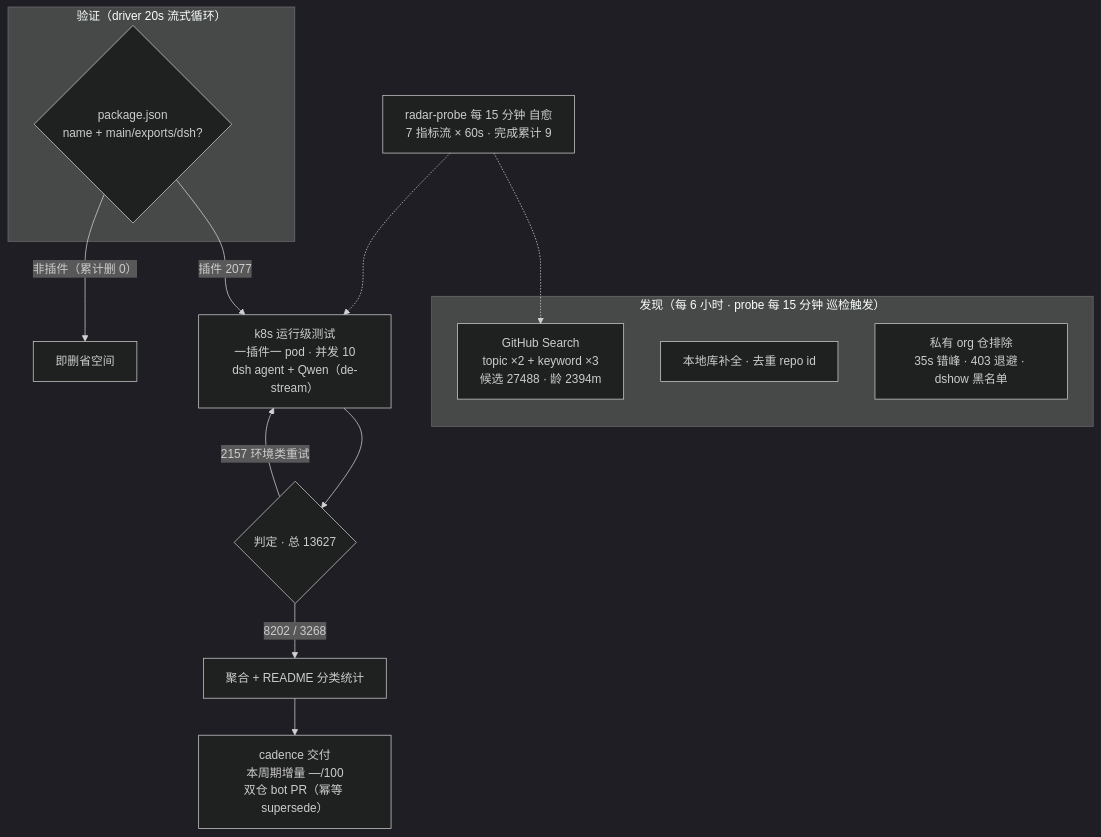
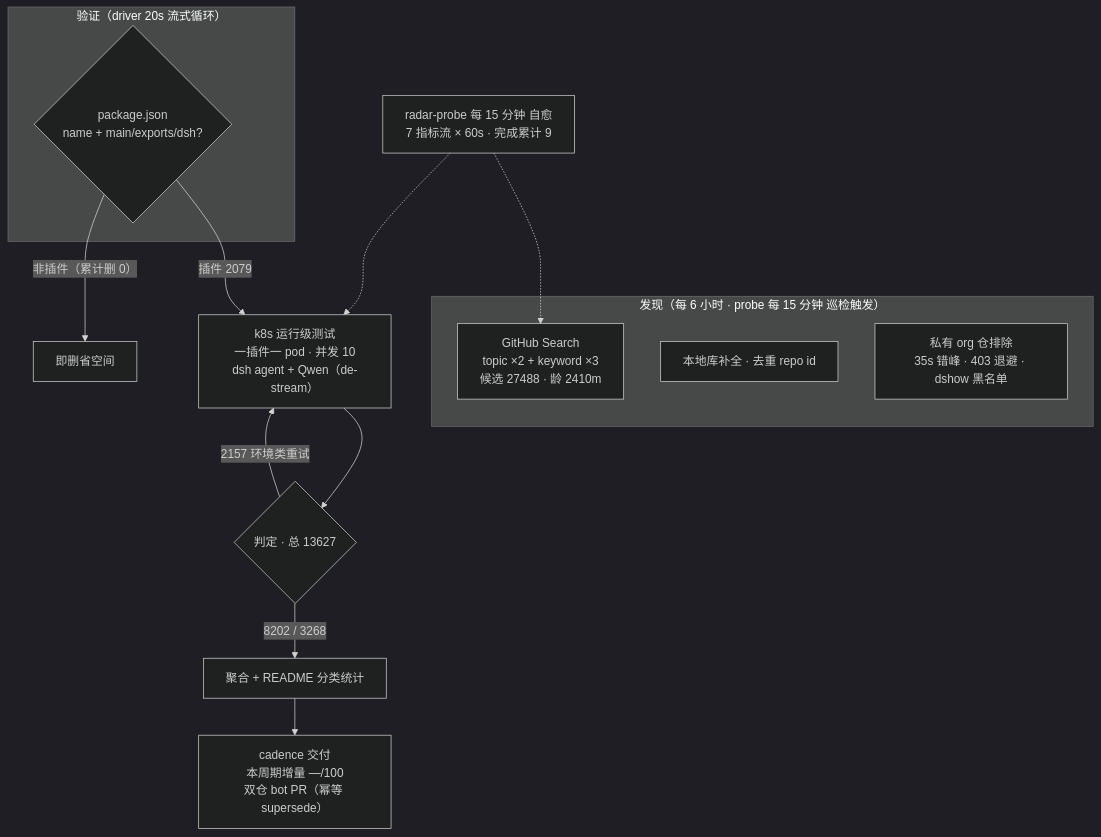
One commit to Zhidao-Lab-OSS/awesome-dsh-plugins changed the diagram in README.md. Above: the diagram before and after it, drawn with Mermaid (dark theme). The commit also changed other lines of this file and 1 other file, not shown here.

````diff
--- a/README.md
+++ b/README.md
@@ -54,20 +54,20 @@
 ```mermaid
 flowchart TB
     subgraph Discovery["发现（每 6 小时 · probe 每 15 分钟 巡检触发）"]
-        A1["GitHub Search<br/>topic ×2 + keyword ×3<br/>候选 27488 · 龄 2394m"]
+        A1["GitHub Search<br/>topic ×2 + keyword ×3<br/>候选 27488 · 龄 2410m"]
         A2["本地库补全 · 去重 repo id"]
         A3["私有 org 仓排除<br/>35s 错峰 · 403 退避 · dshow 黑名单"]
     end
     subgraph Validation["验证（driver 20s 流式循环）"]
         B1{"package.json<br/>name + main/exports/dsh?"}
     end
-    B1 -->|"插件 2077"| C1["k8s 运行级测试<br/>一插件一 pod · 并发 10<br/>dsh agent + Qwen（de-stream）"]
+    B1 -->|"插件 2079"| C1["k8s 运行级测试<br/>一插件一 pod · 并发 10<br/>dsh agent + Qwen（de-stream）"]
     B1 -->|"非插件（累计删 0）"| B3["即删省空间"]
     C1 --> D1{"判定 · 总 13627"}
     D1 -->|"8202 / 3268"| E1["聚合 + README 分类统计"]
     D1 -->|"2157 环境类重试"| C1
     E1 --> E2["cadence 交付<br/>本周期增量 —/100<br/>双仓 bot PR（幂等 supersede）"]
     M["radar-probe 每 15 分钟 自愈<br/>7 指标流 × 60s · 完成累计 9"]
     M -.-> A1
     M -.-> C1
 ```
````
